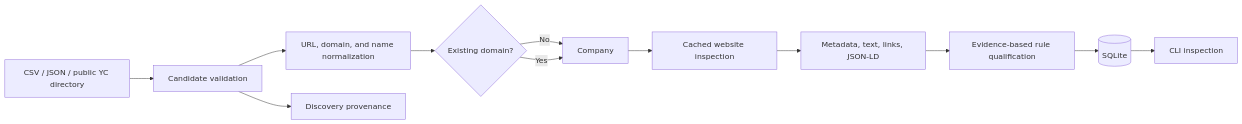
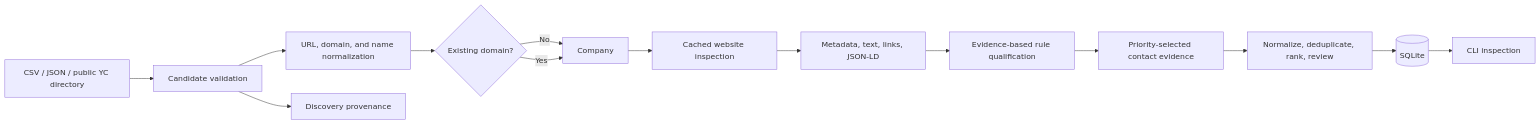
One commit to MelanthaChen/geo-research-outreach-agent changed the diagram in README.md. Above: the diagram before and after it, drawn with Mermaid. The commit also changed other lines of this file and 17 other files, not shown here.

````diff
--- a/README.md
+++ b/README.md
@@ -9,14 +9,16 @@
 ```mermaid
 flowchart LR
   A[CSV / JSON / public YC directory] --> B[Candidate validation]
   B --> C[URL, domain, and name normalization]
   C --> D{Existing domain?}
   D -->|No| E[Company]
   D -->|Yes| E
   B --> F[Discovery provenance]
   E --> W[Cached website inspection]
   W --> X[Metadata, text, links, JSON-LD]
   X --> G[Evidence-based rule qualification]
-  G --> H[(SQLite)]
+  G --> J[Priority-selected contact evidence]
+  J --> K[Normalize, deduplicate, rank, review]
+  K --> H[(SQLite)]
   H --> I[CLI inspection]
 ```
````
